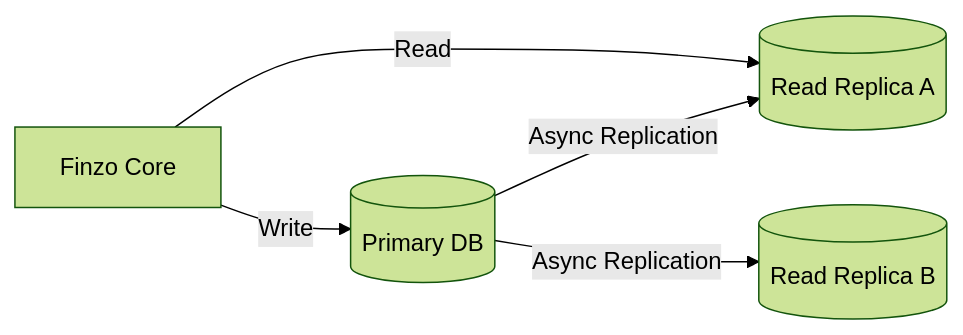
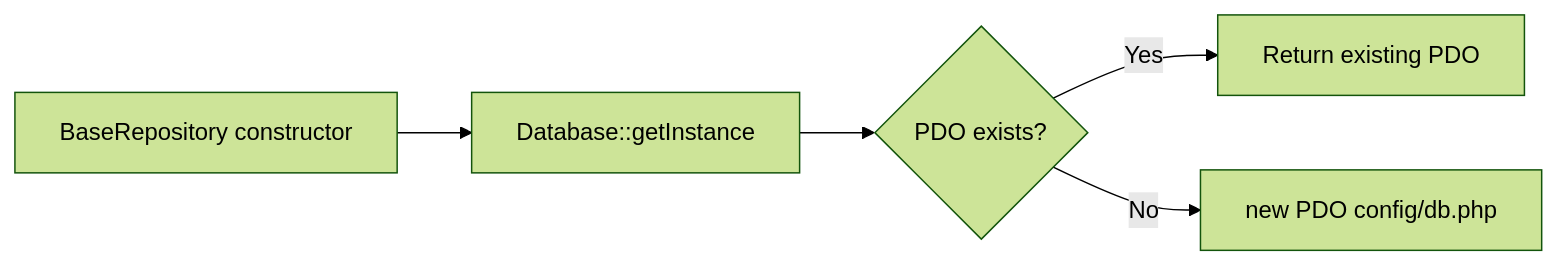
Before and after one commit to EL-STRIX/Finzo: the first of 2 diagrams in docs/01-Architecture/05-Database/README.md, drawn with Mermaid (forest theme). The commit also changed other lines of this file and 217 other files, not shown here.

First line of the commit message:
docs(Architecture): Phase 4 Technical Validation and Enterprise Quality Audit

````diff
--- a/docs/01-Architecture/05-Database/README.md
+++ b/docs/01-Architecture/05-Database/README.md
@@ -38,7 +59,7 @@
 ```mermaid
 graph LR;
-    A[Finzo Core] -->|Write| B[(Primary DB)];
-    B -->|Async Replication| C[(Read Replica A)];
-    B -->|Async Replication| D[(Read Replica B)];
-    A -->|Read| C;
+    A[BaseRepository constructor] --> B[Database::getInstance];
+    B --> C{PDO exists?};
+    C -->|Yes| D[Return existing PDO];
+    C -->|No| E[new PDO config/db.php];
 ```
````
